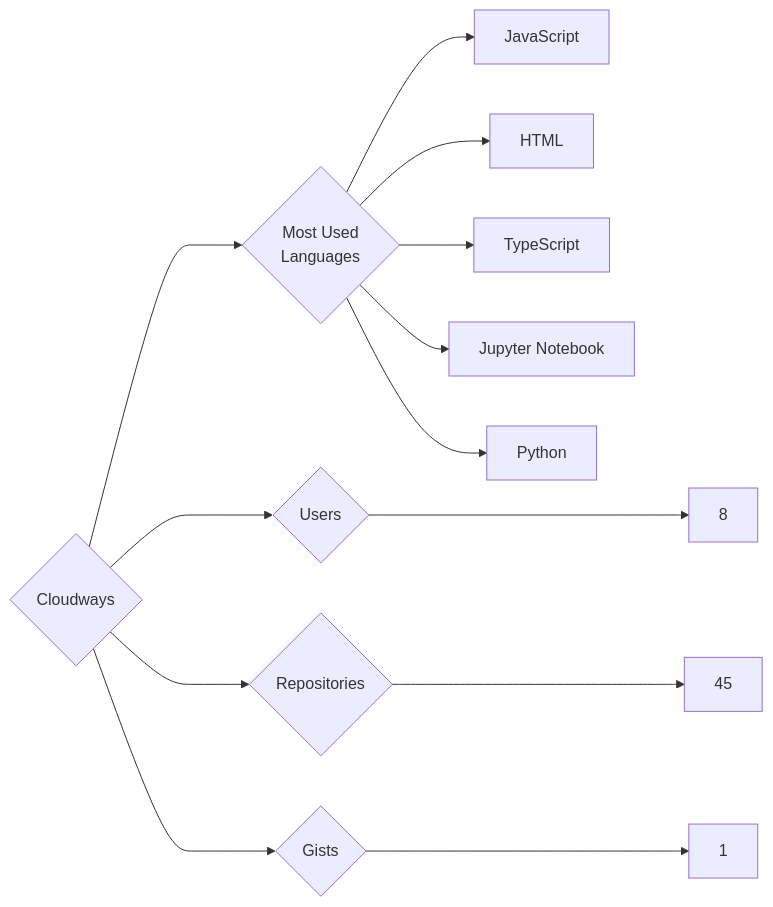
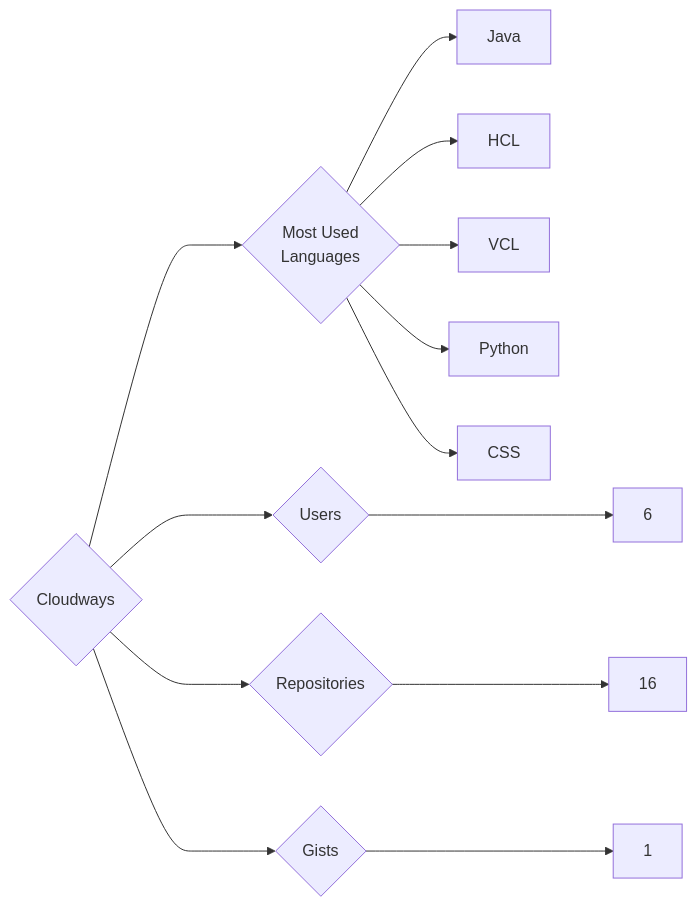
The diagram in targets/Cloudways/README.md (trickest/insiders), drawn with Mermaid before and after one commit. The commit also changed 925 other files, not shown here.

````diff
--- a/targets/Cloudways/README.md
+++ b/targets/Cloudways/README.md
@@ -3,13 +3,13 @@
 ```mermaid
 graph LR
 COMPANY_NAME{Cloudways}
-COMPANY_NAME ---> U{Users} ---> UN[8]
-COMPANY_NAME ---> R{Repositories} ---> RN[45]
+COMPANY_NAME ---> U{Users} ---> UN[6]
+COMPANY_NAME ---> R{Repositories} ---> RN[16]
 COMPANY_NAME ---> G{Gists} ---> GN[1]
 COMPANY_NAME ---> ML{Most Used<br>Languages}
-ML --> JavaScript[JavaScript]
-ML --> HTML[HTML]
-ML --> TypeScript[TypeScript]
-ML --> Jupyter_Notebook[Jupyter Notebook]
+ML --> Java[Java]
+ML --> HCL[HCL]
+ML --> VCL[VCL]
 ML --> Python[Python]
+ML --> CSS[CSS]
 ```
````
